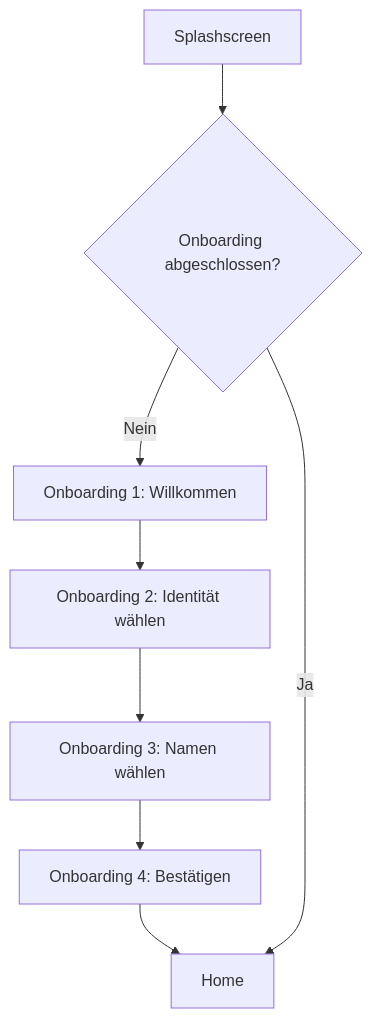
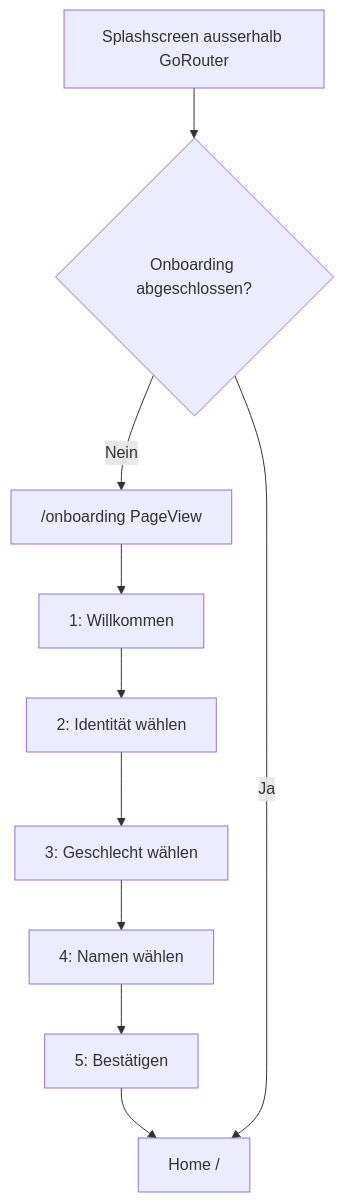
The first of 3 diagrams in docs/10_NAVIGATION.md (LiaMaxein/spurfunk_flutter), drawn with Mermaid before and after one commit. The commit also changed other lines of this file and 16 other files, not shown here.

````diff
--- a/docs/10_NAVIGATION.md
+++ b/docs/10_NAVIGATION.md
@@ -19,10 +19,12 @@
 ```mermaid
 flowchart TD
-  Splash[Splashscreen] --> Check{Onboarding abgeschlossen?}
-  Check -->|Nein| Welcome[Onboarding 1: Willkommen]
-  Welcome --> Avatar[Onboarding 2: Identität wählen]
-  Avatar --> Alias[Onboarding 3: Namen wählen]
-  Alias --> Confirm[Onboarding 4: Bestätigen]
-  Confirm --> Home[Home]
+  Splash[Splashscreen ausserhalb GoRouter] --> Check{Onboarding abgeschlossen?}
+  Check -->|Nein| Onboarding["/onboarding PageView"]
+  Onboarding --> Step1[1: Willkommen]
+  Step1 --> Step2[2: Identität wählen]
+  Step2 --> Step3[3: Geschlecht wählen]
+  Step3 --> Step4[4: Namen wählen]
+  Step4 --> Step5[5: Bestätigen]
+  Step5 --> Home[Home /]
   Check -->|Ja| Home
 ```
````
